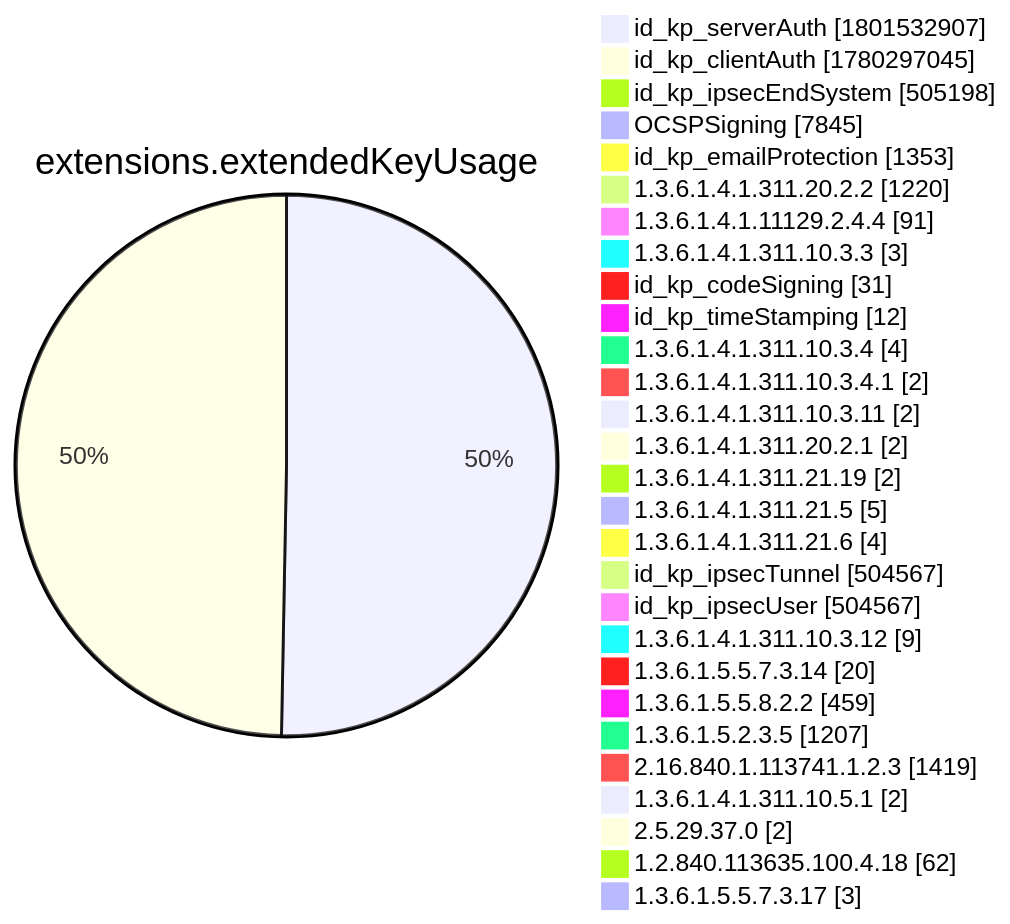
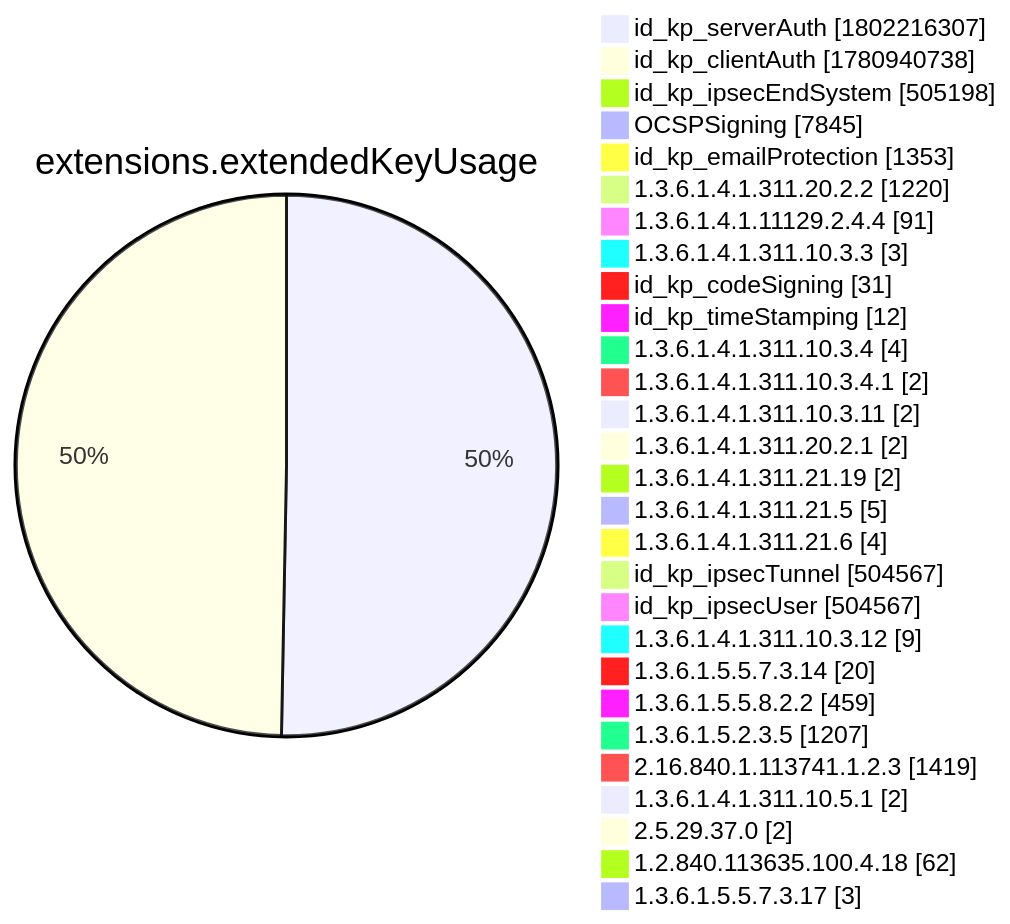
One commit to christiankrug/ctmonitor_visualization changed diagram 12 of 15 in xenon2022/README.md. Above: the diagram before and after it, drawn with Mermaid. The commit also changed other lines of this file, not shown here.

````diff
--- a/xenon2022/README.md
+++ b/xenon2022/README.md
@@ -3895,32 +3895,32 @@
 ```mermaid
 pie showData
 title extensions.extendedKeyUsage
-"id_kp_serverAuth" :1801532907
-"id_kp_clientAuth" :1780297045
+"id_kp_serverAuth" :1802216307
+"id_kp_clientAuth" :1780940738
 "id_kp_ipsecEndSystem" :505198
 "OCSPSigning" :7845
 "id_kp_emailProtection" :1353
 "1.3.6.1.4.1.311.20.2.2" :1220
 "1.3.6.1.4.1.11129.2.4.4" :91
 "1.3.6.1.4.1.311.10.3.3" :3
 "id_kp_codeSigning" :31
 "id_kp_timeStamping" :12
 "1.3.6.1.4.1.311.10.3.4" :4
 "1.3.6.1.4.1.311.10.3.4.1" :2
 "1.3.6.1.4.1.311.10.3.11" :2
 "1.3.6.1.4.1.311.20.2.1" :2
 "1.3.6.1.4.1.311.21.19" :2
 "1.3.6.1.4.1.311.21.5" :5
 "1.3.6.1.4.1.311.21.6" :4
 "id_kp_ipsecTunnel" :504567
 "id_kp_ipsecUser" :504567
 "1.3.6.1.4.1.311.10.3.12" :9
 "1.3.6.1.5.5.7.3.14" :20
 "1.3.6.1.5.5.8.2.2" :459
 "1.3.6.1.5.2.3.5" :1207
 "2.16.840.1.113741.1.2.3" :1419
 "1.3.6.1.4.1.311.10.5.1" :2
 "2.5.29.37.0" :2
 "1.2.840.113635.100.4.18" :62
 "1.3.6.1.5.5.7.3.17" :3
 ```
````
